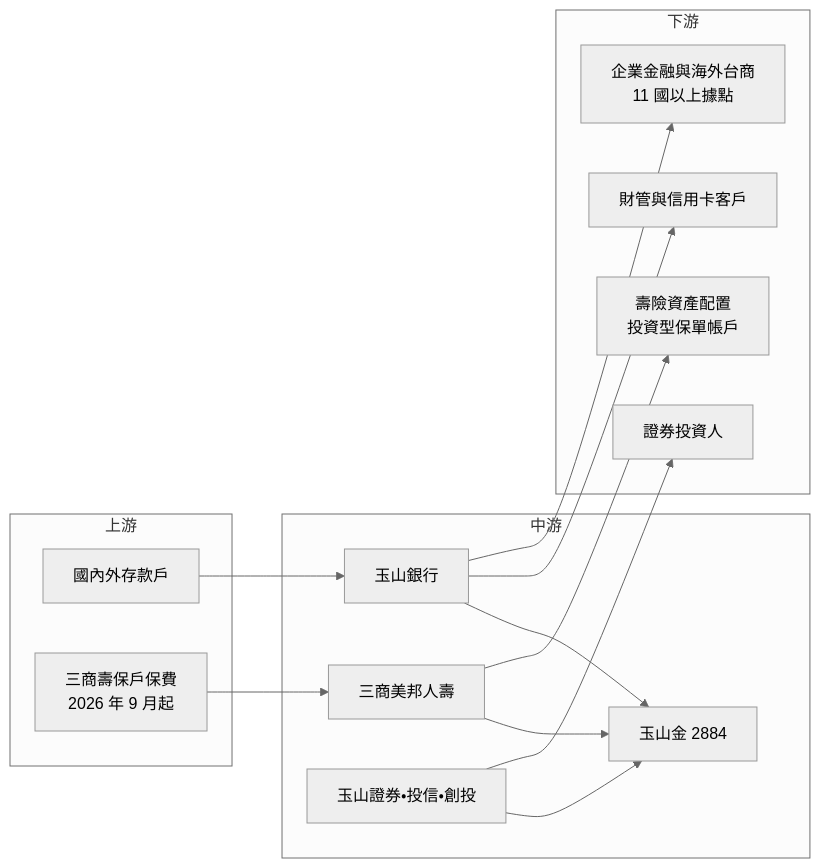
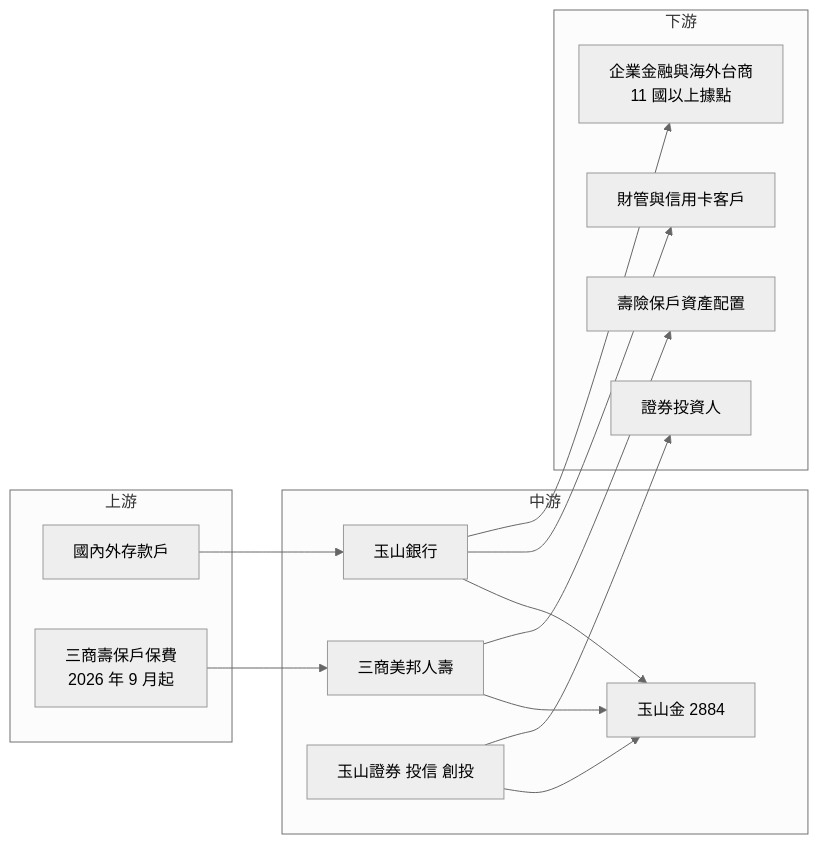
Before and after one commit to wangnick1004/taiwan-stock-vault: the fourth of 4 diagrams in 個股/台股/2884玉山金.md, drawn with Mermaid (neutral theme). The commit also changed other lines of this file and 12 other files, not shown here.

````diff
--- a/個股/台股/2884玉山金.md
+++ b/個股/台股/2884玉山金.md
@@ -216,28 +251,28 @@
 ```mermaid
 flowchart LR
     subgraph 上游
         A1[國內外存款戶]
-        A2[三商壽保戶保費<br/>2026 年 9 月起]
+        A2["三商壽保戶保費<br/>2026 年 9 月起"]
     end
     subgraph 中游
         B[玉山金 2884]
         B1[玉山銀行]
         B2[三商美邦人壽]
-        B3[玉山證券・投信・創投]
+        B3[玉山證券 投信 創投]
     end
     subgraph 下游
         C1[財管與信用卡客戶]
-        C2[企業金融與海外台商<br/>11 國以上據點]
+        C2["企業金融與海外台商<br/>11 國以上據點"]
         C3[證券投資人]
-        C4[壽險資產配置<br/>投資型保單帳戶]
+        C4[壽險保戶資產配置]
     end
     A1 --> B1
     A2 --> B2
     B1 --> B
     B2 --> B
     B3 --> B
     B1 --> C1
     B1 --> C2
     B3 --> C3
     B2 --> C4
 ```
````
